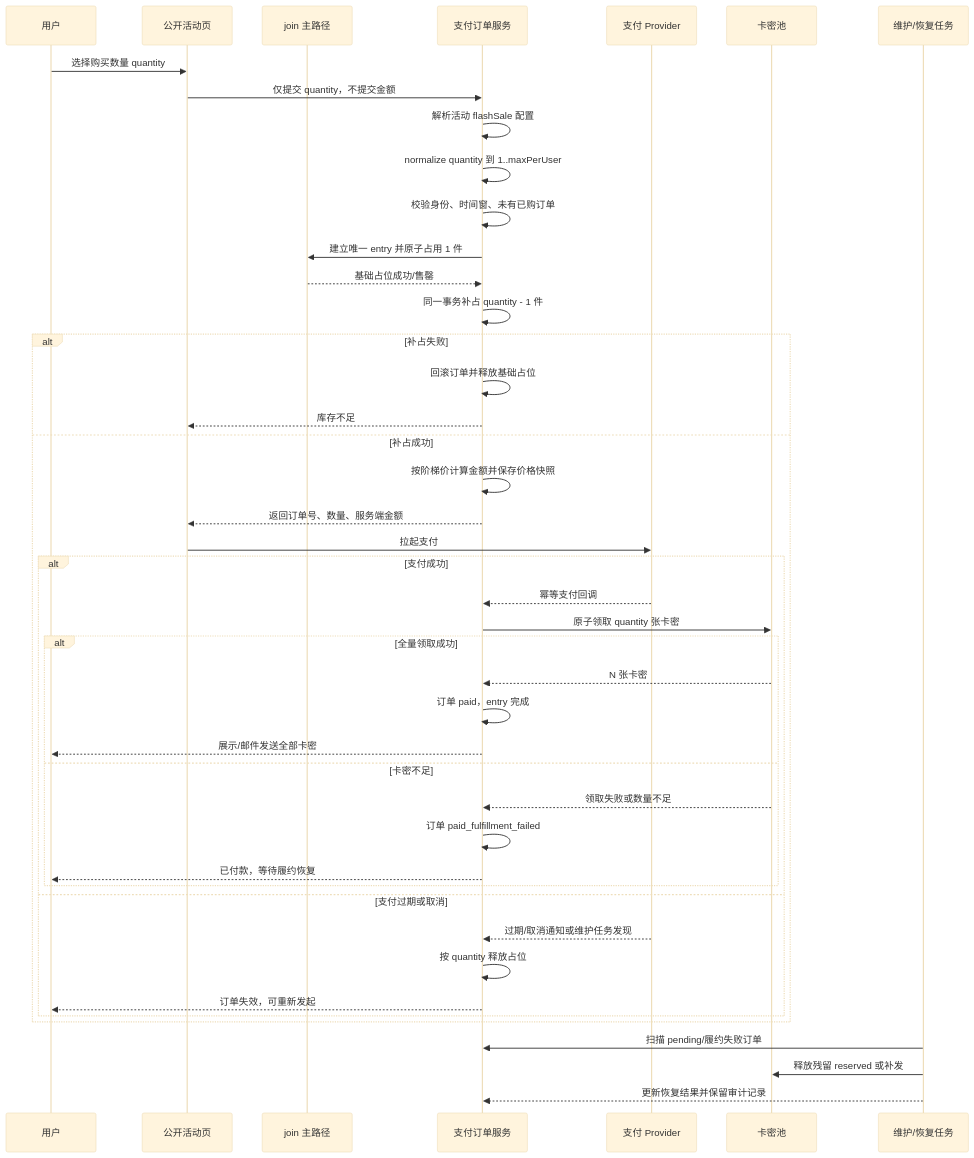
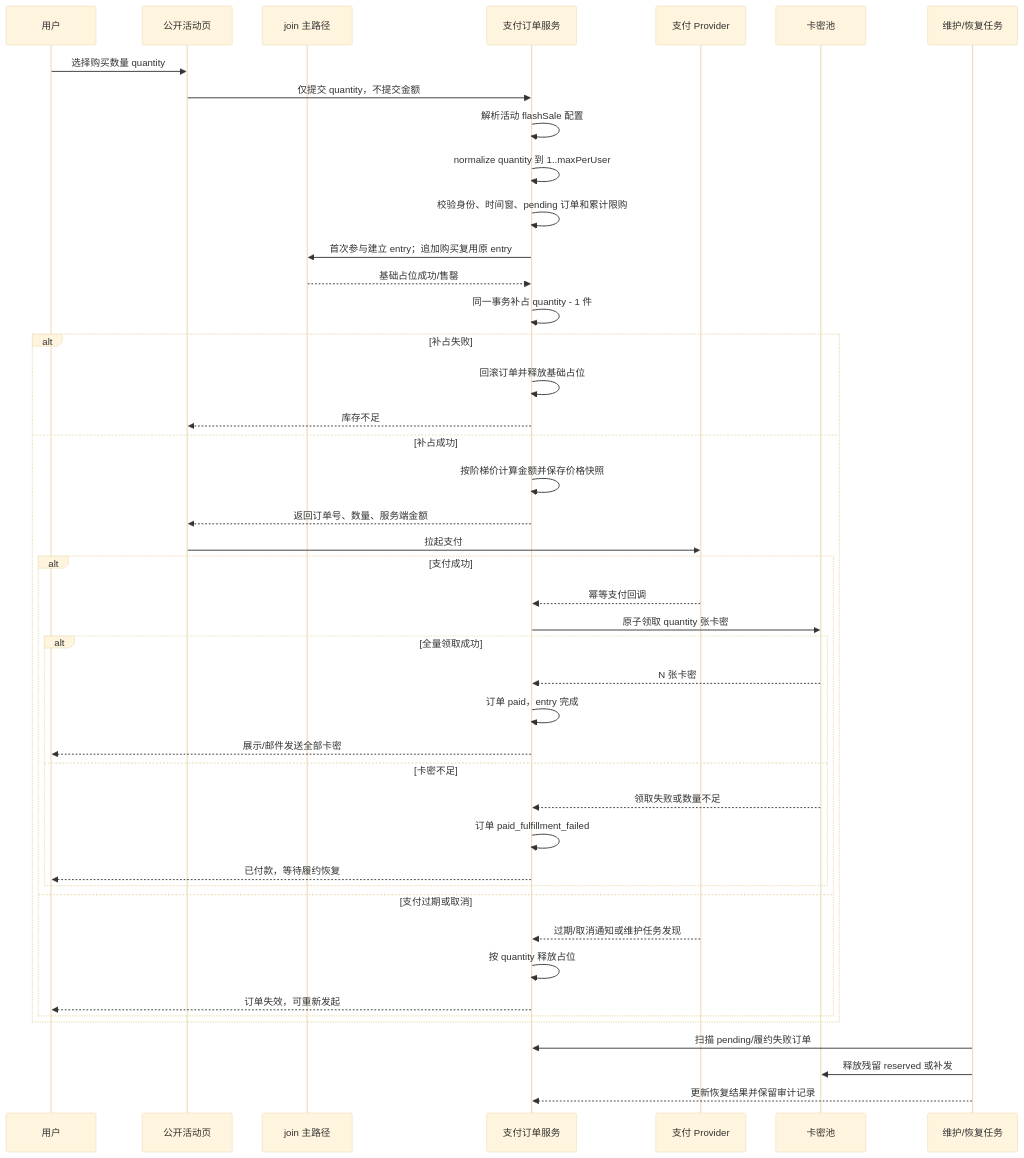
One commit to qwdingyu/cf-lottery changed the third of 6 diagrams in docs/222_秒杀与批发活动定义及全链路流程基线_2026-08-14.md. Above: the diagram before and after it, drawn with Mermaid (base theme). The commit also changed other lines of this file, not shown here.

````diff
--- a/docs/222_秒杀与批发活动定义及全链路流程基线_2026-08-14.md
+++ b/docs/222_秒杀与批发活动定义及全链路流程基线_2026-08-14.md
@@ -361,47 +374,47 @@
 ```mermaid
 sequenceDiagram
     participant U as 用户
     participant G as 公开活动页
     participant J as join 主路径
     participant O as 支付订单服务
     participant P as 支付 Provider
     participant C as 卡密池
     participant M as 维护/恢复任务
 
     U->>G: 选择购买数量 quantity
     G->>O: 仅提交 quantity，不提交金额
     O->>O: 解析活动 flashSale 配置
     O->>O: normalize quantity 到 1..maxPerUser
-    O->>O: 校验身份、时间窗、未有已购订单
-    O->>J: 建立唯一 entry 并原子占用 1 件
+    O->>O: 校验身份、时间窗、pending 订单和累计限购
+    O->>J: 首次参与建立 entry；追加购买复用原 entry
     J-->>O: 基础占位成功/售罄
     O->>O: 同一事务补占 quantity - 1 件
     alt 补占失败
         O->>O: 回滚订单并释放基础占位
         O-->>G: 库存不足
     else 补占成功
         O->>O: 按阶梯价计算金额并保存价格快照
         O-->>G: 返回订单号、数量、服务端金额
         G->>P: 拉起支付
         alt 支付成功
             P-->>O: 幂等支付回调
             O->>C: 原子领取 quantity 张卡密
             alt 全量领取成功
                 C-->>O: N 张卡密
                 O->>O: 订单 paid，entry 完成
                 O-->>U: 展示/邮件发送全部卡密
             else 卡密不足
                 C-->>O: 领取失败或数量不足
                 O->>O: 订单 paid_fulfillment_failed
                 O-->>U: 已付款，等待履约恢复
             end
         else 支付过期或取消
             P-->>O: 过期/取消通知或维护任务发现
             O->>O: 按 quantity 释放占位
             O-->>U: 订单失效，可重新发起
         end
     end
     M->>O: 扫描 pending/履约失败订单
     M->>C: 释放残留 reserved 或补发
     M-->>O: 更新恢复结果并保留审计记录
 ```
````
